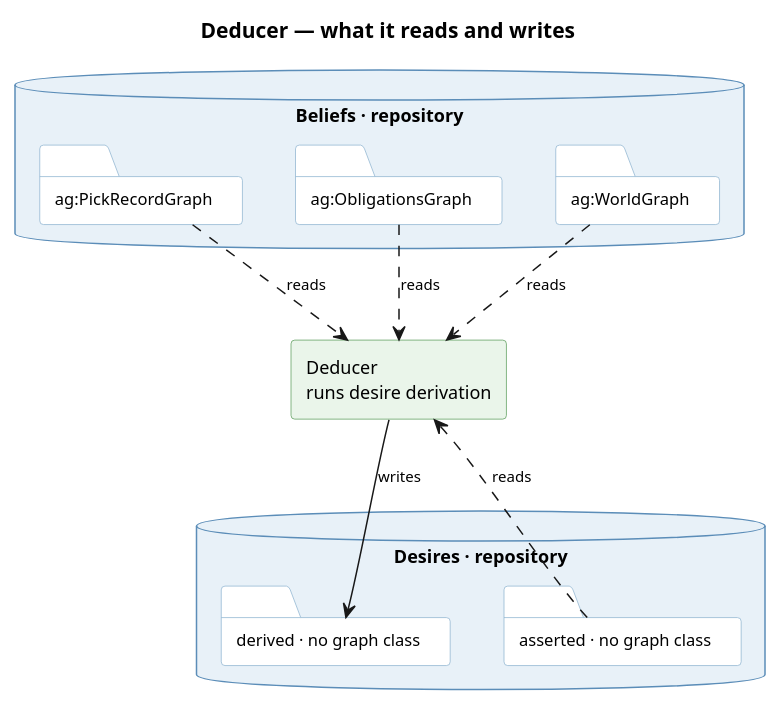
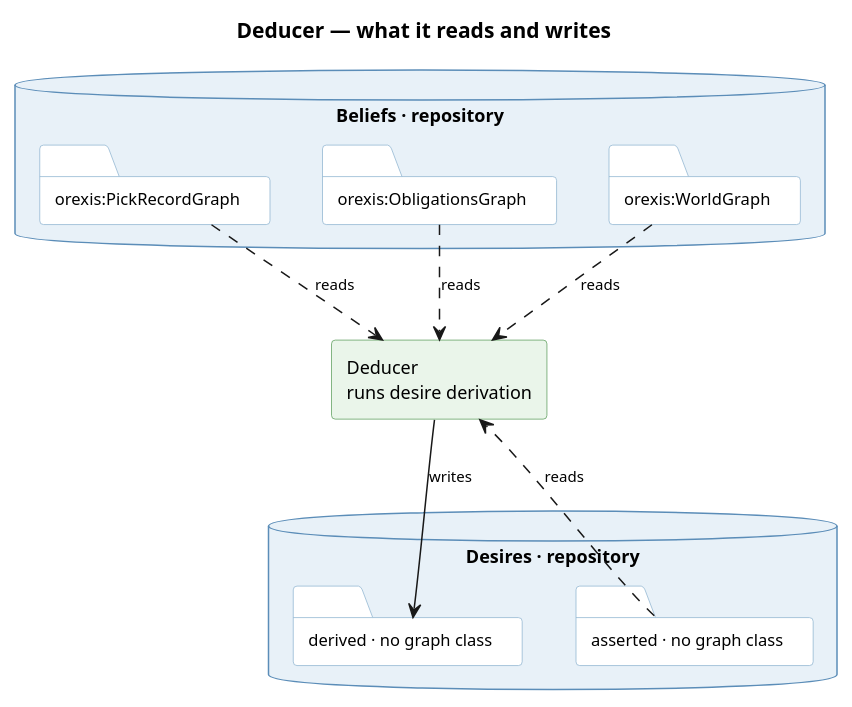
The diagram in knowledge/diagrams/service-deducer.puml (ShishkinDmitriy/orexis), drawn with PlantUML before and after one commit. The commit also changed 296 other files, not shown here.

```diff
--- a/knowledge/diagrams/service-deducer.puml
+++ b/knowledge/diagrams/service-deducer.puml
@@ -1,44 +1,44 @@
 @startuml service-deducer
 title Deducer — what it reads and writes
 
 skinparam componentStyle rectangle
 skinparam shadowing false
 skinparam defaultFontSize 12
 skinparam titleFontSize 14
 skinparam ArrowFontSize 10
 skinparam database {
   BackgroundColor #E8F1F8
   BorderColor #5B8DB8
 }
 skinparam folder {
   BackgroundColor #FFFFFF
   BorderColor #8FB4D0
   FontSize 11
 }
 skinparam component {
   BackgroundColor #EAF5EA
   BorderColor #5E9E5E
 }
 
 
 database "Beliefs · repository" as BEL {
-  folder "ag:PickRecordGraph" as P
-  folder "ag:ObligationsGraph" as O
-  folder "ag:WorldGraph" as W
+  folder "orexis:PickRecordGraph" as P
+  folder "orexis:ObligationsGraph" as O
+  folder "orexis:WorldGraph" as W
 }
 
 database "Desires · repository" as DES {
   folder "asserted · no graph class" as DA
   folder "derived · no graph class" as DD
 }
 
 component "Deducer\nruns desire derivation" as DB
 
 
 P ..> DB : reads
 O ..> DB : reads
 W ..> DB : reads
 DA ..> DB : reads
 DB --> DD : writes
 
 @enduml
```
